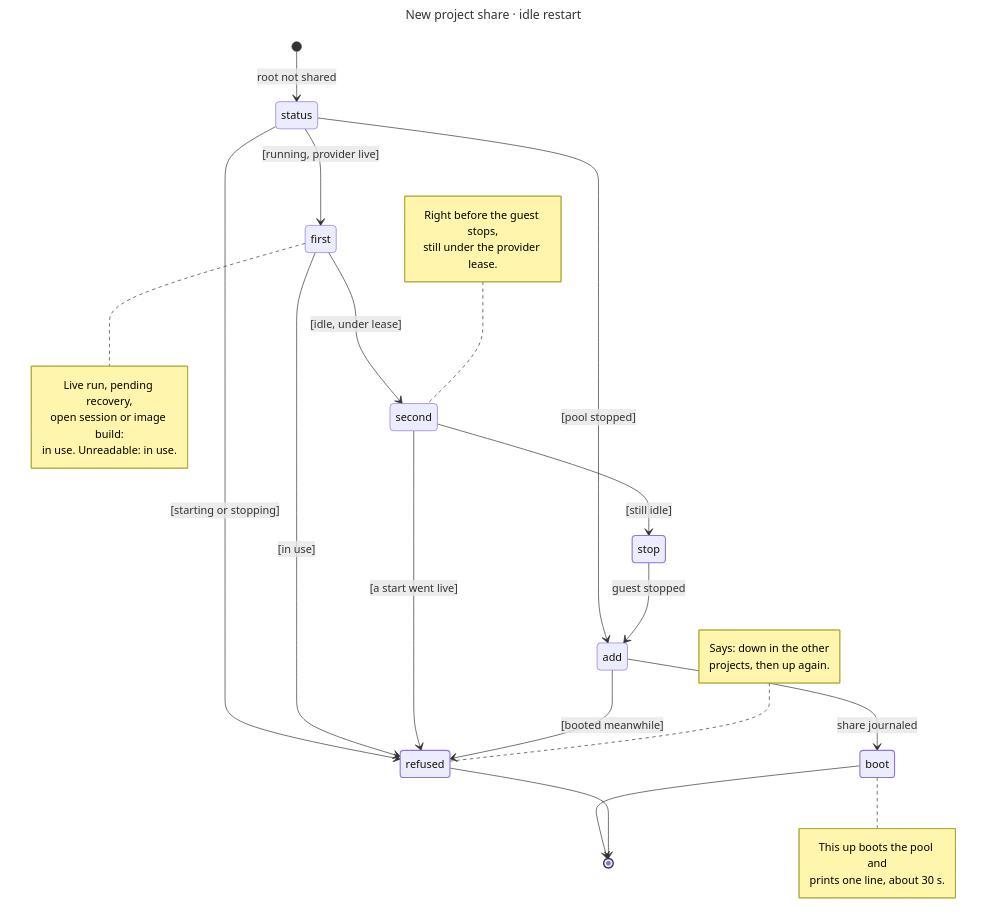
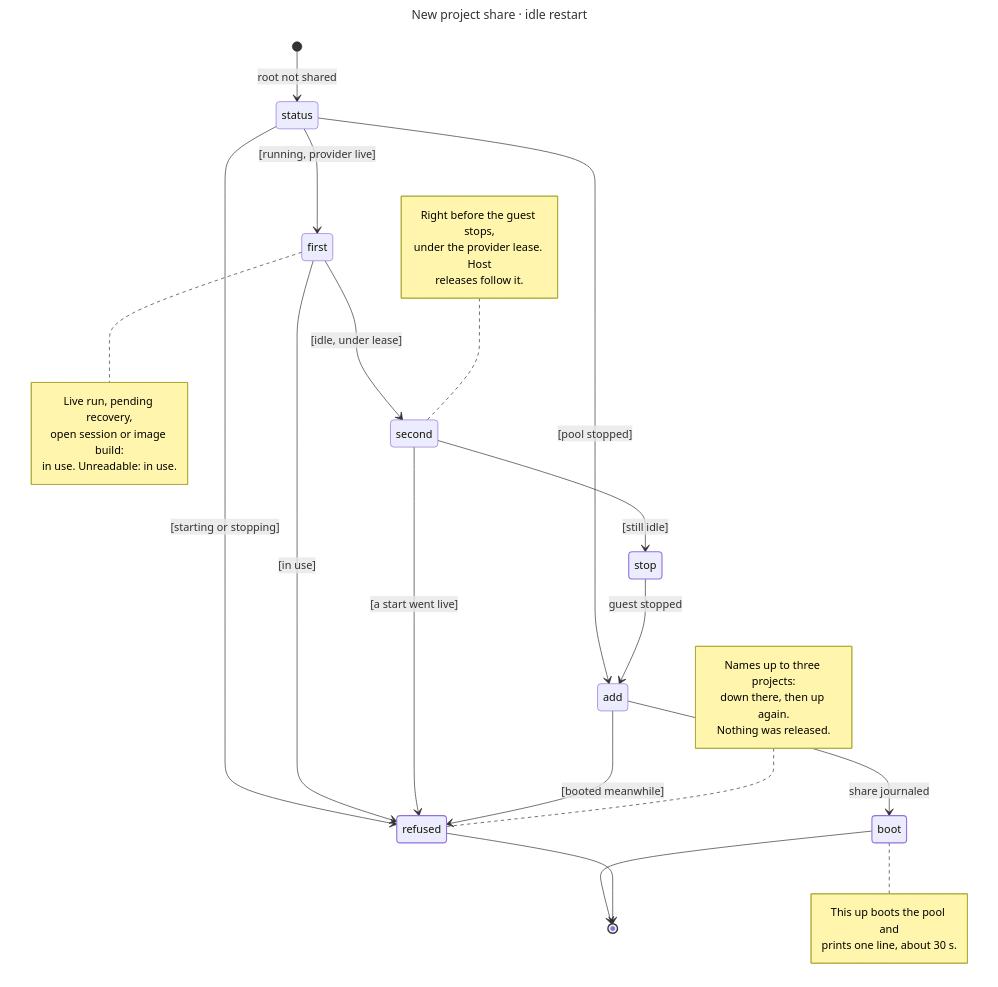
The diagram in docs/diagrams/native-idle-pool-restart.mmd (hack-dance/hack), drawn with Mermaid before and after one commit. The commit also changed 13 other files, not shown here.

First line of the commit message:
fix(native): release nothing before the idle pool's second check, and name the projects that keep it in use (HACK-2535)

```diff
--- a/docs/diagrams/native-idle-pool-restart.mmd
+++ b/docs/diagrams/native-idle-pool-restart.mmd
@@ -1,47 +1,49 @@
 ---
 title: New project share · idle restart
 ---
 stateDiagram-v2
     direction TB
     classDef ok stroke-width:1.6px
     classDef wait stroke-width:1.6px
     classDef fail stroke-width:1.6px
 
     [*] --> status : root not shared
     state status <<choice>>
     status --> add : [pool stopped]
     status --> first : [running, provider live]
     status --> refused : [starting or stopping]
     state first <<choice>>
     first --> second : [idle, under lease]
     first --> refused : [in use]
     state second <<choice>>
     second --> stop : [still idle]
     second --> refused : [a start went live]
     stop --> add : guest stopped
     add --> boot : share journaled
     add --> refused : [booted meanwhile]
     boot --> [*]
     refused --> [*]
 
     note right of first
         Live run, pending recovery,
         open session or image build:
         in use. Unreadable: in use.
     end note
     note left of second
         Right before the guest stops,
-        still under the provider lease.
+        under the provider lease. Host
+        releases follow it.
     end note
     note right of boot
         This up boots the pool and
         prints one line, about 30 s.
     end note
     note left of refused
-        Says: down in the other
-        projects, then up again.
+        Names up to three projects:
+        down there, then up again.
+        Nothing was released.
     end note
 
     class boot ok
     class stop wait
     class refused fail
```
